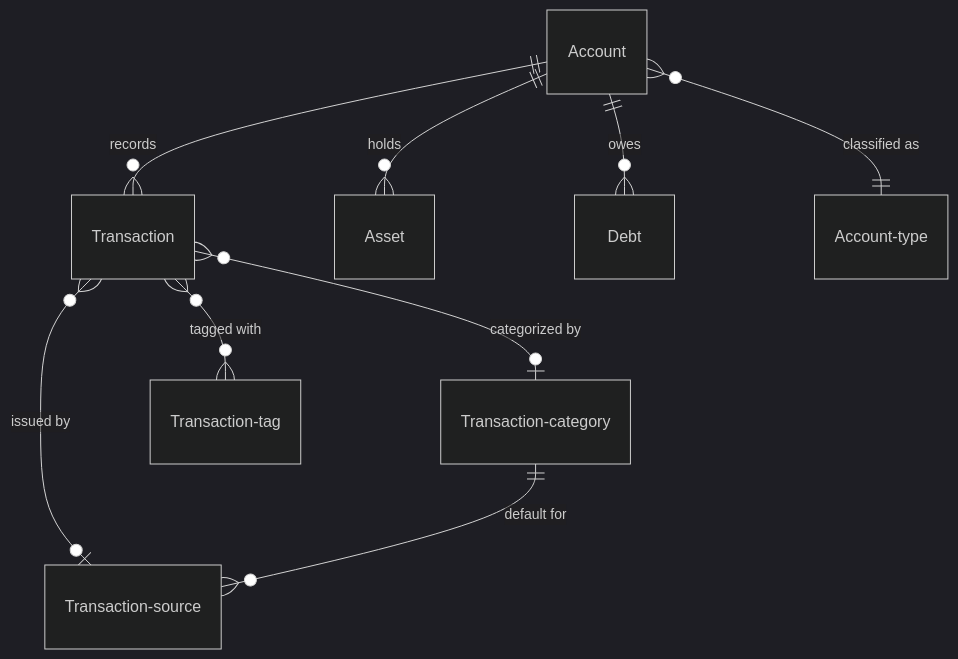
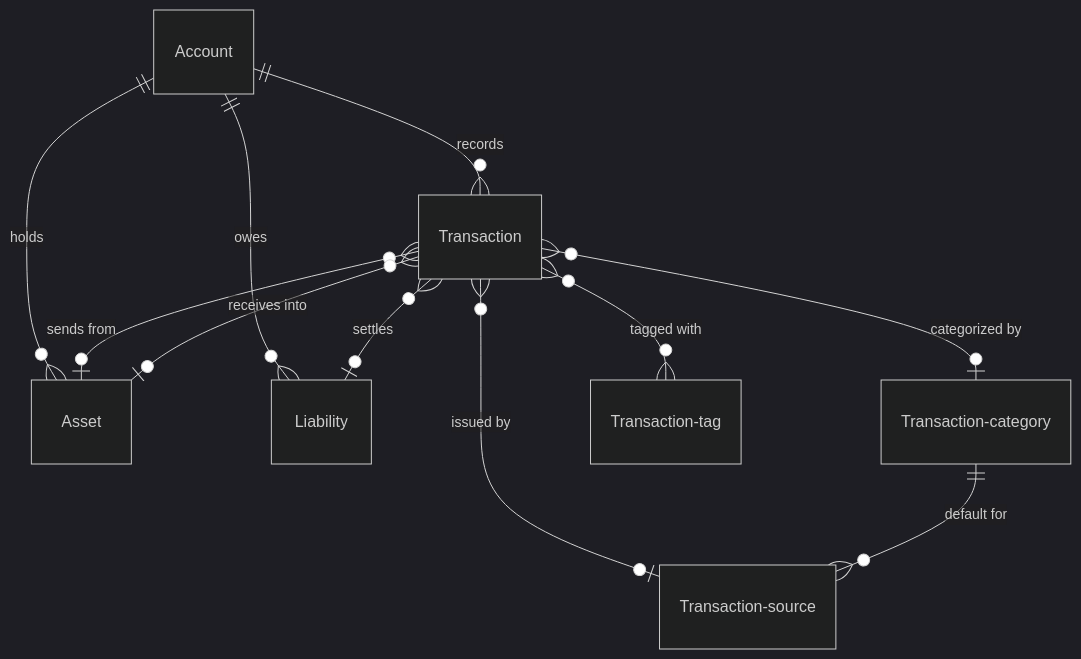
Before and after one commit to billdingwall/open-finance: the first of 7 diagrams in docs/_refinement/r6-review.md, drawn with Mermaid (dark theme). The commit also changed other lines of this file and 3 other files, not shown here.

Commit message:
refactor: standardize object schemas, naming conventions, and transaction logic in documentation

````diff
--- a/docs/_refinement/r6-review.md
+++ b/docs/_refinement/r6-review.md
@@ -506,11 +561,13 @@
 ```mermaid
 erDiagram
     Account ||--o{ Transaction : "records"
     Account ||--o{ Asset : "holds"
-    Account ||--o{ Debt : "owes"
-    Account }o--|| Account-type : "classified as"
+    Account ||--o{ Liability : "owes"
+    Transaction }o--o| Asset : "sends from"
+    Transaction }o--o| Asset : "receives into"
+    Transaction }o--o| Liability : "settles"
     Transaction }o--o| Transaction-category : "categorized by"
     Transaction }o--o| Transaction-source : "issued by"
     Transaction }o--o{ Transaction-tag : "tagged with"
     Transaction-category ||--o{ Transaction-source : "default for"
 ```
````
